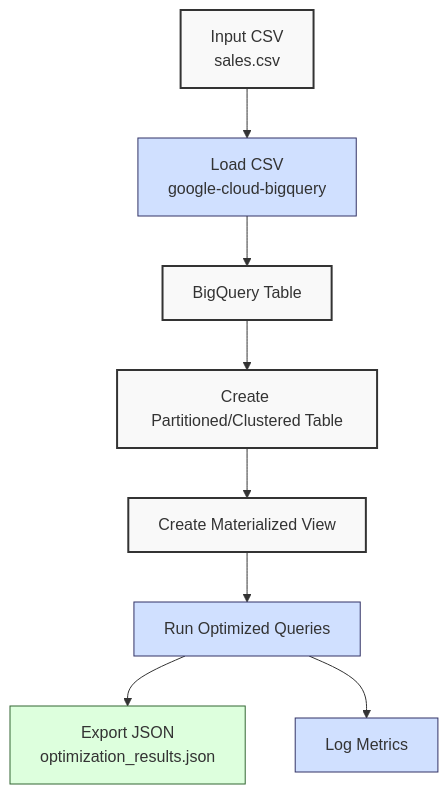
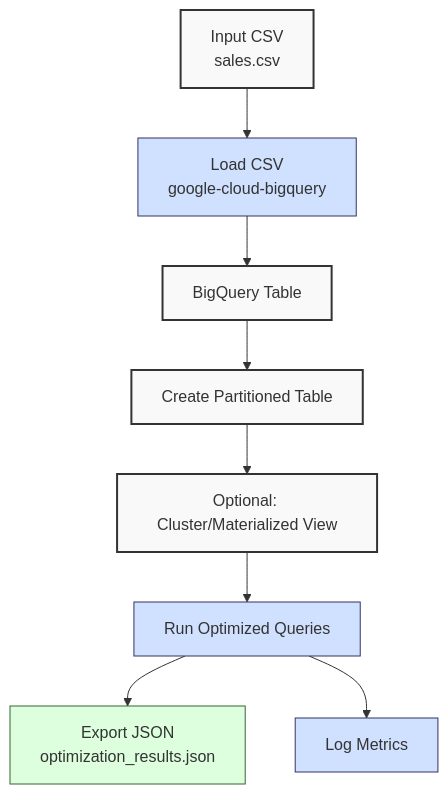
Before and after one commit to wahidyankf/oss: the second of 2 diagrams in apps-standalone/ayokoding-web/content/en/learn/software-engineering/onboardings/hijra-data-engineering/ch29-bigquery-optimization-techniques/_index.md, drawn with Mermaid. The commit also changed other lines of this file and 5 other files, not shown here.

````diff
--- a/apps-standalone/ayokoding-web/content/en/learn/software-engineering/onboardings/hijra-data-engineering/ch29-bigquery-optimization-techniques/_index.md
+++ b/apps-standalone/ayokoding-web/content/en/learn/software-engineering/onboardings/hijra-data-engineering/ch29-bigquery-optimization-techniques/_index.md
@@ -472,18 +484,18 @@
 ```mermaid
 flowchart TD
     A["Input CSV<br>sales.csv"] --> B["Load CSV<br>google-cloud-bigquery"]
     B --> C["BigQuery Table"]
-    C --> D["Create Partitioned/Clustered Table"]
-    D --> E["Create Materialized View"]
+    C --> D["Create Partitioned Table"]
+    D --> E["Optional: Cluster/Materialized View"]
     E --> F["Run Optimized Queries"]
     F --> G["Export JSON<br>optimization_results.json"]
     F --> H["Log Metrics"]
 
     classDef data fill:#f9f9f9,stroke:#333,stroke-width:2px
     classDef process fill:#d0e0ff,stroke:#336,stroke-width:1px
     classDef output fill:#ddffdd,stroke:#363,stroke-width:1px
 
     class A,C,D,E data
     class B,F,H process
     class G output
 ```
````
